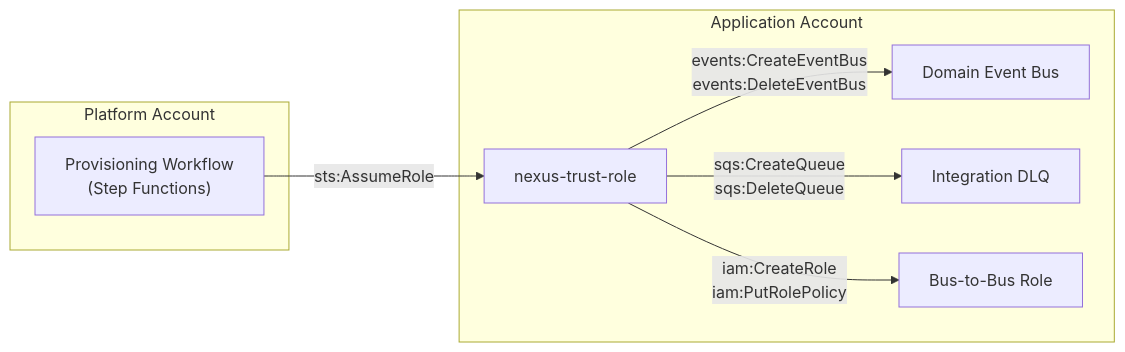
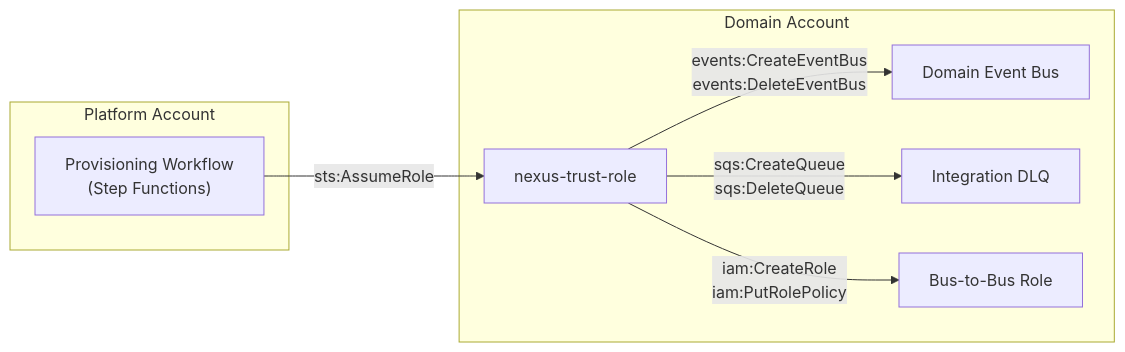
Before and after one commit to liedig/konductor4evb: the seventh of 8 diagrams in docs/development/architecture.md, drawn with Mermaid. The commit also changed other lines of this file and 9 other files, not shown here.

First line of the commit message:
docs: rename application account to domain account throughout

````diff
--- a/docs/development/architecture.md
+++ b/docs/development/architecture.md
@@ -328,18 +328,18 @@
 ```mermaid
 graph LR
     subgraph platform["Platform Account"]
         provwf["Provisioning Workflow<br/>(Step Functions)"]
     end
 
-    subgraph app["Application Account"]
+    subgraph app["Domain Account"]
         trustrole["nexus-trust-role"]
         appbus["Domain Event Bus"]
         appdlq["Integration DLQ"]
         b2brole["Bus-to-Bus Role"]
     end
 
     provwf -->|"sts:AssumeRole"| trustrole
     trustrole -->|"events:CreateEventBus<br/>events:DeleteEventBus"| appbus
     trustrole -->|"sqs:CreateQueue<br/>sqs:DeleteQueue"| appdlq
     trustrole -->|"iam:CreateRole<br/>iam:PutRolePolicy"| b2brole
 ```
````
